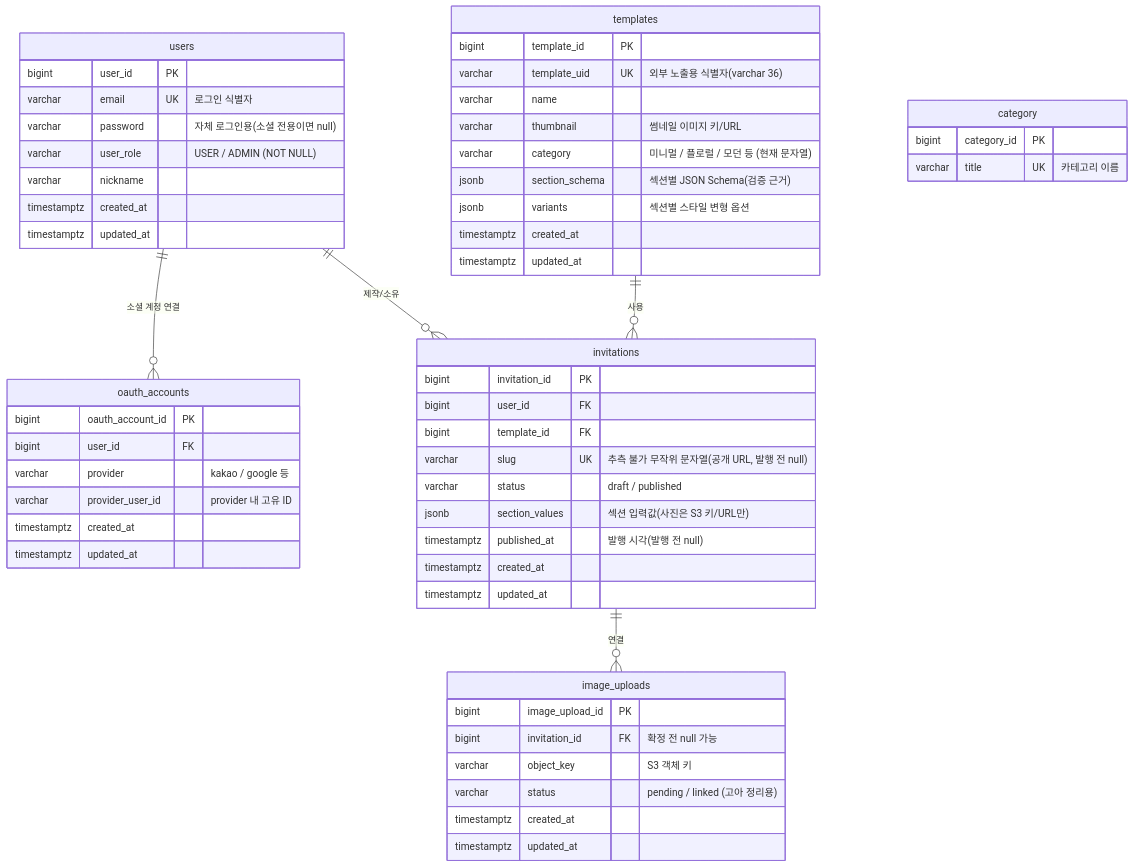
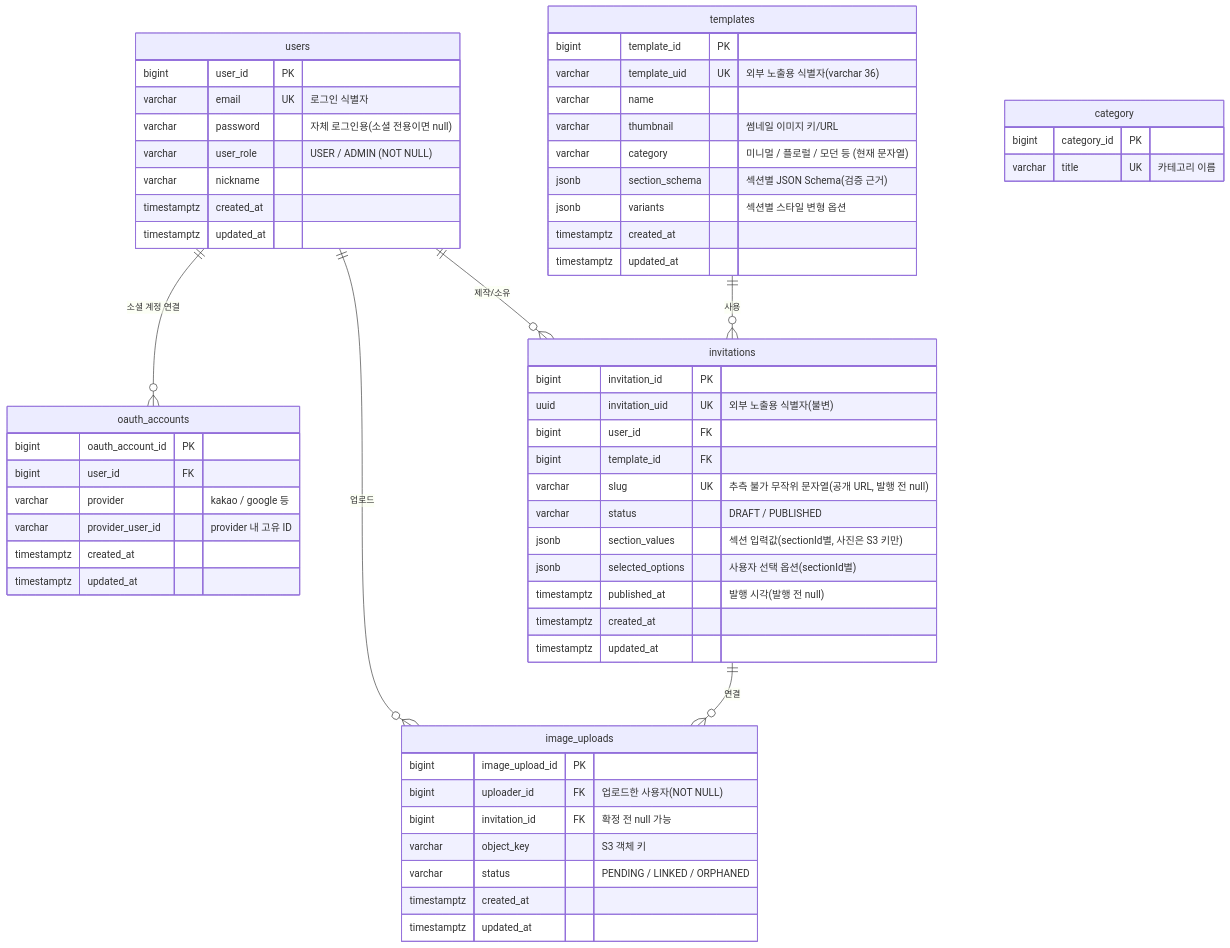
The diagram in docs/ERD.md (Smally-wed/MiniWed-server), drawn with Mermaid before and after one commit. The commit also changed other lines of this file and 44 other files, not shown here.

````diff
--- a/docs/ERD.md
+++ b/docs/ERD.md
@@ -16,64 +16,68 @@
 ```mermaid
 erDiagram
     users ||--o{ oauth_accounts : "소셜 계정 연결"
     users ||--o{ invitations : "제작/소유"
+    users ||--o{ image_uploads : "업로드"
     templates ||--o{ invitations : "사용"
     invitations ||--o{ image_uploads : "연결"
 
     users {
         bigint      user_id PK
         varchar     email UK "로그인 식별자"
         varchar     password "자체 로그인용(소셜 전용이면 null)"
         varchar     user_role "USER / ADMIN (NOT NULL)"
         varchar     nickname
         timestamptz created_at
         timestamptz updated_at
     }
 
     oauth_accounts {
         bigint      oauth_account_id PK
         bigint      user_id FK
         varchar     provider "kakao / google 등"
         varchar     provider_user_id "provider 내 고유 ID"
         timestamptz created_at
         timestamptz updated_at
     }
 
     templates {
         bigint      template_id PK
         varchar     template_uid UK "외부 노출용 식별자(varchar 36)"
         varchar     name
         varchar     thumbnail "썸네일 이미지 키/URL"
         varchar     category "미니멀 / 플로럴 / 모던 등 (현재 문자열)"
         jsonb       section_schema "섹션별 JSON Schema(검증 근거)"
         jsonb       variants "섹션별 스타일 변형 옵션"
         timestamptz created_at
         timestamptz updated_at
     }
 
     category {
         bigint      category_id PK
         varchar     title UK "카테고리 이름"
     }
 
     invitations {
         bigint      invitation_id PK
+        uuid        invitation_uid UK "외부 노출용 식별자(불변)"
         bigint      user_id FK
         bigint      template_id FK
         varchar     slug UK "추측 불가 무작위 문자열(공개 URL, 발행 전 null)"
-        varchar     status "draft / published"
-        jsonb       section_values "섹션 입력값(사진은 S3 키/URL만)"
+        varchar     status "DRAFT / PUBLISHED"
+        jsonb       section_values "섹션 입력값(sectionId별, 사진은 S3 키만)"
+        jsonb       selected_options "사용자 선택 옵션(sectionId별)"
         timestamptz published_at "발행 시각(발행 전 null)"
         timestamptz created_at
         timestamptz updated_at
     }
 
     image_uploads {
         bigint      image_upload_id PK
+        bigint      uploader_id FK "업로드한 사용자(NOT NULL)"
         bigint      invitation_id FK "확정 전 null 가능"
         varchar     object_key "S3 객체 키"
-        varchar     status "pending / linked (고아 정리용)"
+        varchar     status "PENDING / LINKED / ORPHANED"
         timestamptz created_at
         timestamptz updated_at
     }
 ```
````
